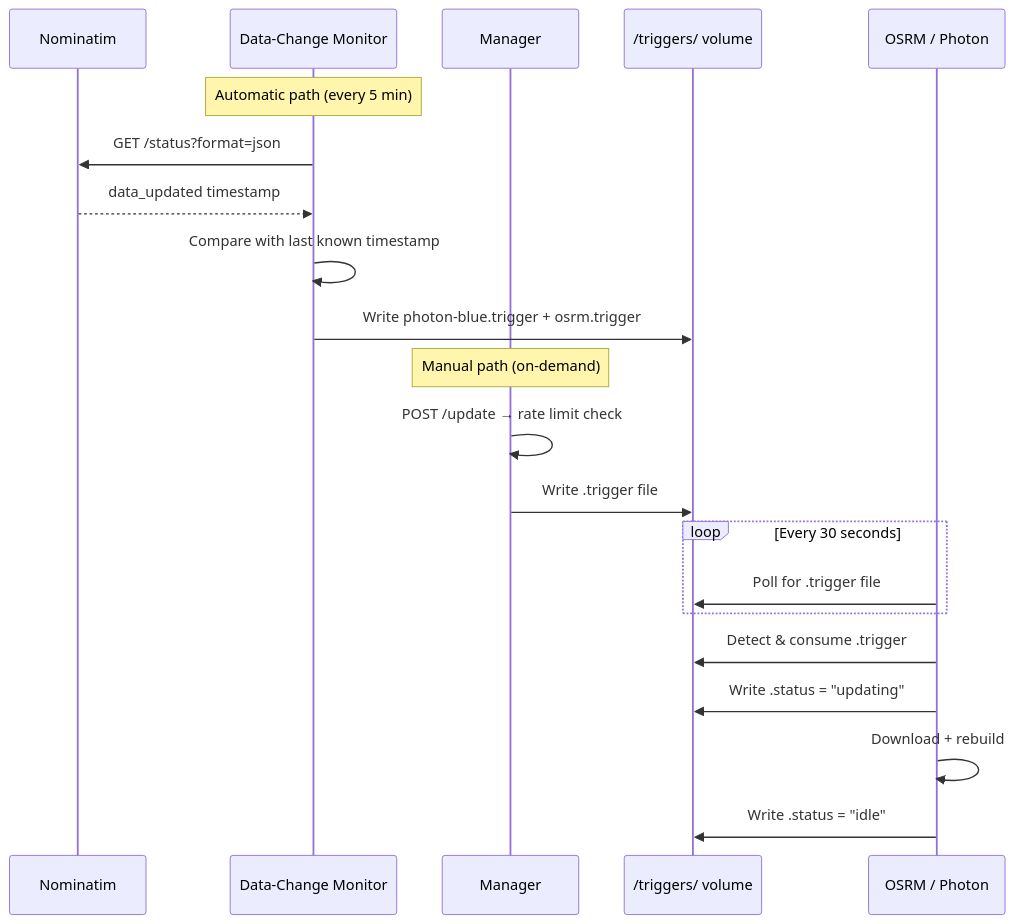
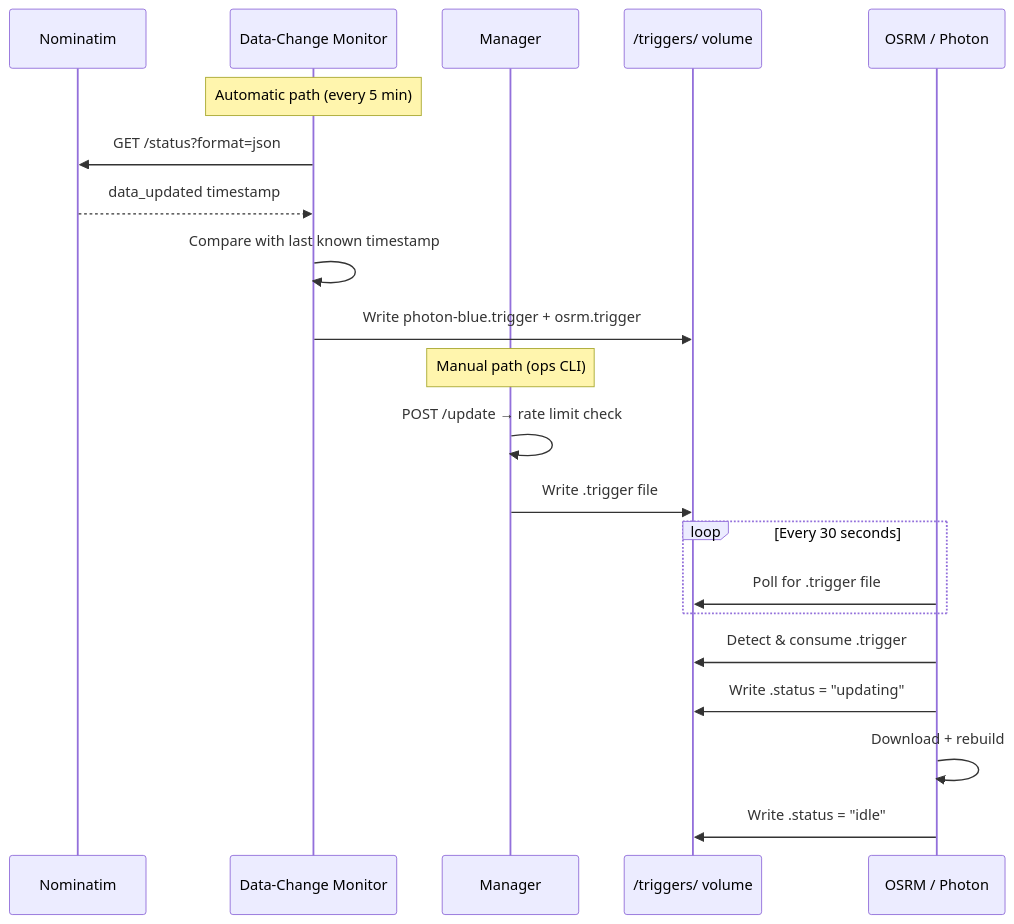
Before and after one commit to lorsabyan/Offline-Armenia-Map-Stack: the sixth of 13 diagrams in README.md, drawn with Mermaid. The commit also changed other lines of this file, not shown here.

First line of the commit message:
Fix README: remove On-Demand Updates, fix boot diagram, purge outdated refs

````diff
--- a/README.md
+++ b/README.md
@@ -549,27 +530,27 @@
 ```mermaid
 sequenceDiagram
     participant Nominatim
     participant Monitor as Data-Change Monitor
     participant Manager
     participant Triggers as /triggers/ volume
     participant Service as OSRM / Photon
 
     Note over Monitor: Automatic path (every 5 min)
     Monitor->>Nominatim: GET /status?format=json
     Nominatim-->>Monitor: data_updated timestamp
     Monitor->>Monitor: Compare with last known timestamp
     Monitor->>Triggers: Write photon-blue.trigger + osrm.trigger
 
-    Note over Manager: Manual path (on-demand)
+    Note over Manager: Manual path (ops CLI)
     Manager->>Manager: POST /update → rate limit check
     Manager->>Triggers: Write .trigger file
 
     loop Every 30 seconds
         Service->>Triggers: Poll for .trigger file
     end
 
     Service->>Triggers: Detect & consume .trigger
     Service->>Triggers: Write .status = "updating"
     Service->>Service: Download + rebuild
     Service->>Triggers: Write .status = "idle"
 ```
````
